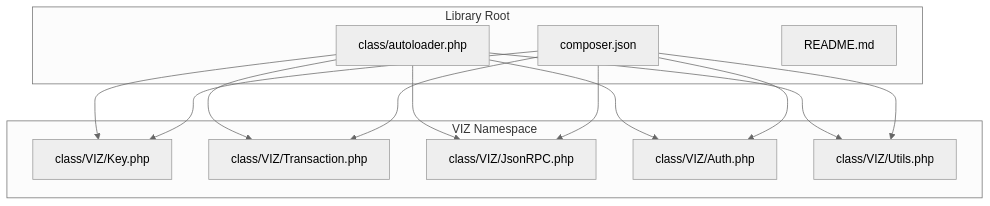
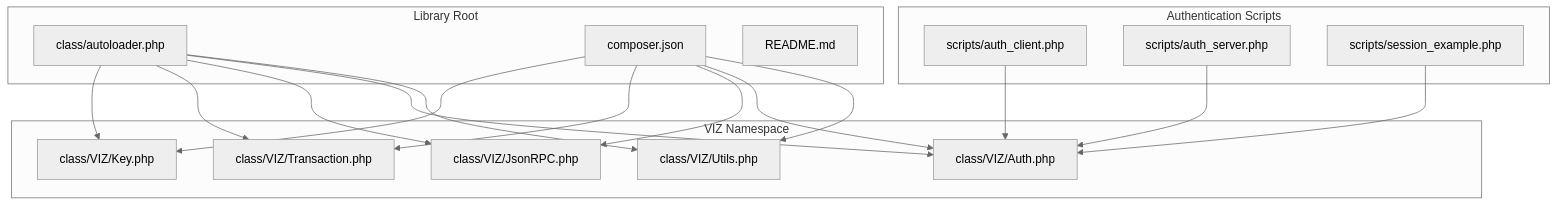
Before and after one commit to VIZ-Blockchain/viz-php-lib: the first of 3 diagrams in .qoder/repowiki/en/content/API Reference/API Reference.md, drawn with Mermaid (neutral theme). The commit also changed other lines of this file and 9 other files, not shown here.

````diff
--- a/.qoder/repowiki/en/content/API Reference/API Reference.md
+++ b/.qoder/repowiki/en/content/API Reference/API Reference.md
@@ -33,25 +46,33 @@
 ```mermaid
 graph TB
 subgraph "Library Root"
 A["class/autoloader.php"]
 B["composer.json"]
 C["README.md"]
 end
 subgraph "VIZ Namespace"
 D["class/VIZ/Key.php"]
 E["class/VIZ/Transaction.php"]
 F["class/VIZ/JsonRPC.php"]
 G["class/VIZ/Auth.php"]
 H["class/VIZ/Utils.php"]
 end
+subgraph "Authentication Scripts"
+I["scripts/auth_client.php"]
+J["scripts/auth_server.php"]
+K["scripts/session_example.php"]
+end
 A --> D
 A --> E
 A --> F
 A --> G
 A --> H
 B --> D
 B --> E
 B --> F
 B --> G
 B --> H
+I --> G
+J --> G
+K --> G
 ```
````
